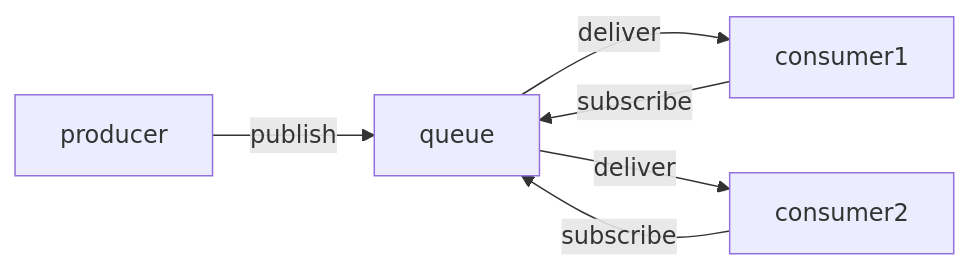
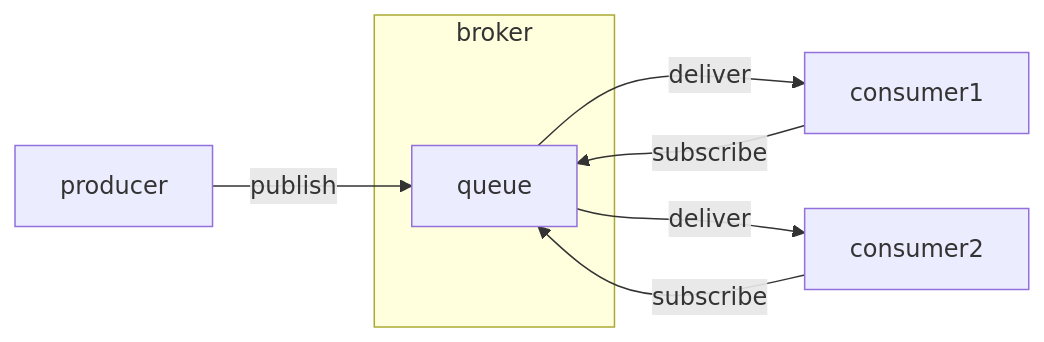
Before and after one commit to tvcutsem/distributed-systems: the diagram in indirect_communication/message_queue/README.md, drawn with Mermaid.

Commit message:
updated diagram

````diff
--- a/indirect_communication/message_queue/README.md
+++ b/indirect_communication/message_queue/README.md
@@ -5,6 +5,9 @@
 ```mermaid
 flowchart LR
    producer -->|publish|queue
+   subgraph broker
+     queue
+   end
    queue -->|deliver|consumer1 & consumer2
    consumer1 & consumer2 -->|subscribe|queue
 ```
````
